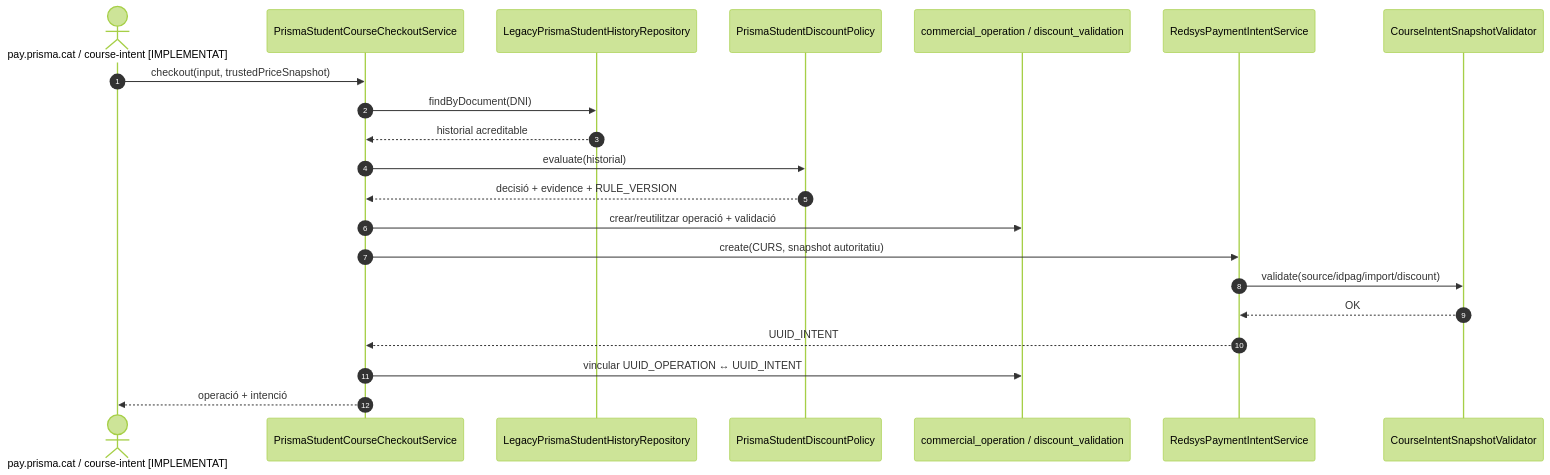
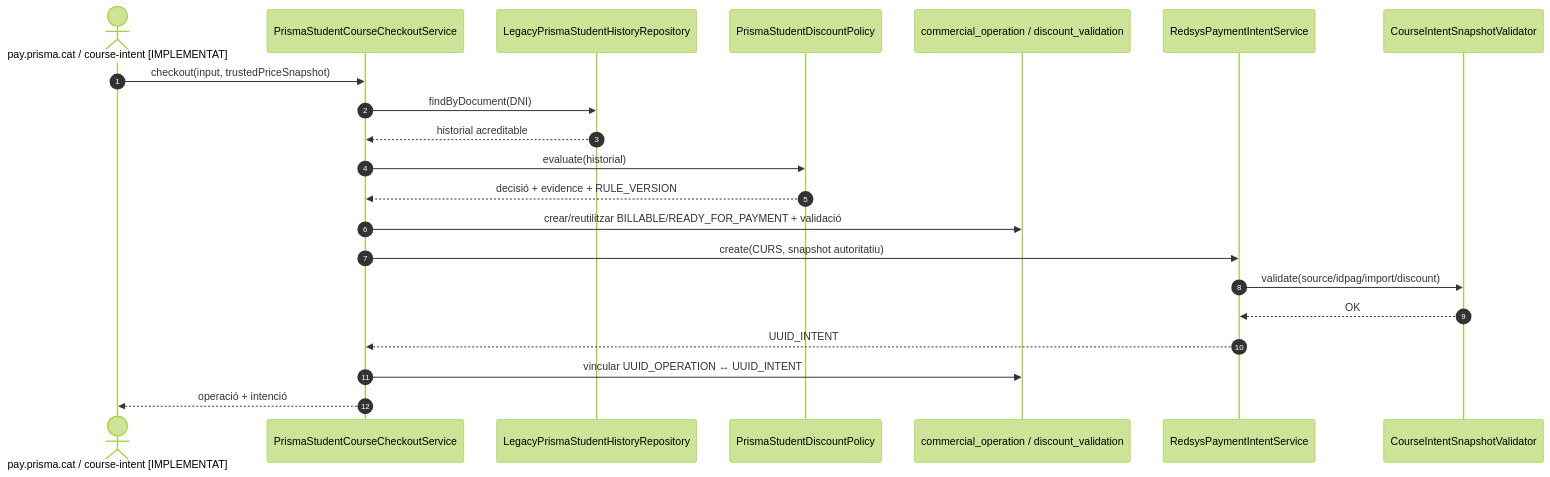
Before and after one commit to orgmeriemprismacat-del/verifactu: diagram 12 of 13 in documentacio/07-uml-integrat/uc-020-aplicar-alumne-prisma.md, drawn with Mermaid (forest theme). The commit also changed other lines of this file, not shown here.

Commit message:
docs(UC-020): reconcile integrated UML with commercial hardening

````diff
--- a/documentacio/07-uml-integrat/uc-020-aplicar-alumne-prisma.md
+++ b/documentacio/07-uml-integrat/uc-020-aplicar-alumne-prisma.md
@@ -659,24 +659,24 @@
 ```mermaid
 sequenceDiagram
 autonumber
 actor UI as pay.prisma.cat / course-intent [IMPLEMENTAT]
 participant C as PrismaStudentCourseCheckoutService
 participant H as LegacyPrismaStudentHistoryRepository
 participant P as PrismaStudentDiscountPolicy
 participant CO as commercial_operation / discount_validation
 participant RI as RedsysPaymentIntentService
 participant V as CourseIntentSnapshotValidator
 
 UI->>C: checkout(input, trustedPriceSnapshot)
 C->>H: findByDocument(DNI)
 H-->>C: historial acreditable
 C->>P: evaluate(historial)
 P-->>C: decisió + evidence + RULE_VERSION
-C->>CO: crear/reutilitzar operació + validació
+C->>CO: crear/reutilitzar BILLABLE/READY_FOR_PAYMENT + validació
 C->>RI: create(CURS, snapshot autoritatiu)
 RI->>V: validate(source/idpag/import/discount)
 V-->>RI: OK
 RI-->>C: UUID_INTENT
 C->>CO: vincular UUID_OPERATION ↔ UUID_INTENT
 C-->>UI: operació + intenció
 ```
````
